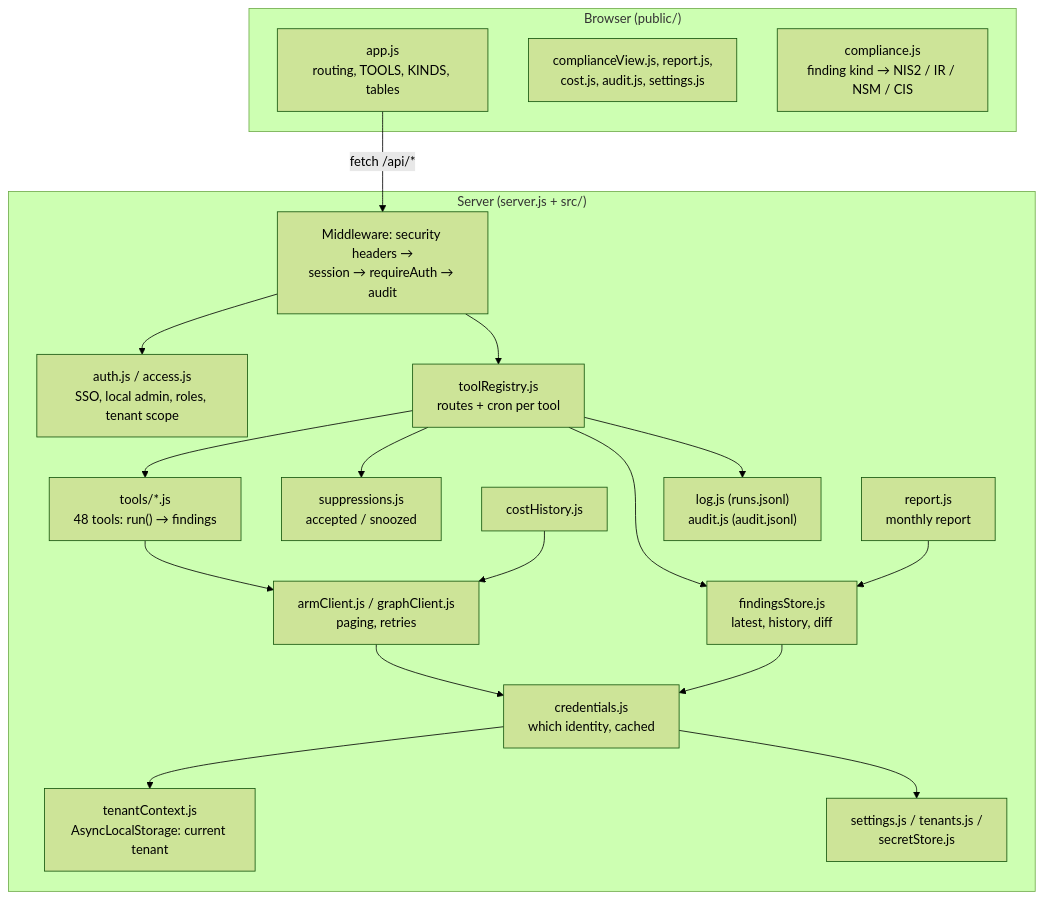
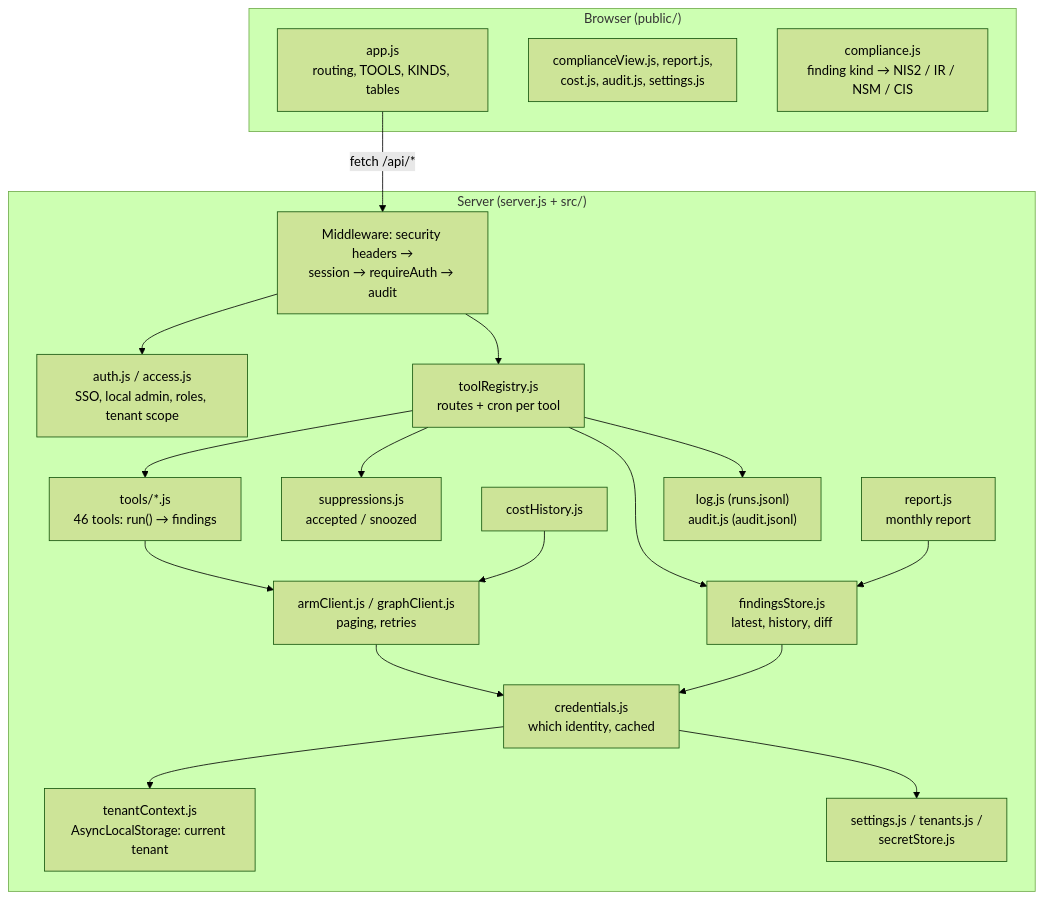
The diagram in docs/diagrams/arch-inside-app.mmd (Gooseankles/cirrus-watch), drawn with Mermaid (forest theme) before and after one commit. The commit also changed 17 other files, not shown here.

```diff
--- a/docs/diagrams/arch-inside-app.mmd
+++ b/docs/diagrams/arch-inside-app.mmd
@@ -1,35 +1,35 @@
 flowchart TB
   subgraph browser["Browser (public/)"]
     appjs["app.js<br/>routing, TOOLS, KINDS, tables"]
     views["complianceView.js, report.js,<br/>cost.js, audit.js, settings.js"]
     comp["compliance.js<br/>finding kind → NIS2 / IR / NSM / CIS"]
   end
   subgraph server["Server (server.js + src/)"]
     mw["Middleware: security headers →<br/>session → requireAuth → audit"]
     auth["auth.js / access.js<br/>SSO, local admin, roles, tenant scope"]
     reg["toolRegistry.js<br/>routes + cron per tool"]
-    tools["tools/*.js<br/>48 tools: run() → findings"]
+    tools["tools/*.js<br/>46 tools: run() → findings"]
     clients["armClient.js / graphClient.js<br/>paging, retries"]
     cred["credentials.js<br/>which identity, cached"]
     ctx["tenantContext.js<br/>AsyncLocalStorage: current tenant"]
     store["findingsStore.js<br/>latest, history, diff"]
     supp["suppressions.js<br/>accepted / snoozed"]
     cost["costHistory.js"]
     rep["report.js<br/>monthly report"]
     cfg["settings.js / tenants.js /<br/>secretStore.js"]
     logs["log.js (runs.jsonl)<br/>audit.js (audit.jsonl)"]
   end
   appjs -- "fetch /api/*" --> mw
   mw --> auth
   mw --> reg
   reg --> tools
   tools --> clients
   clients --> cred
   cred --> ctx
   cred --> cfg
   reg --> store
   reg --> supp
   reg --> logs
   rep --> store
   cost --> clients
   store --> cred
```
